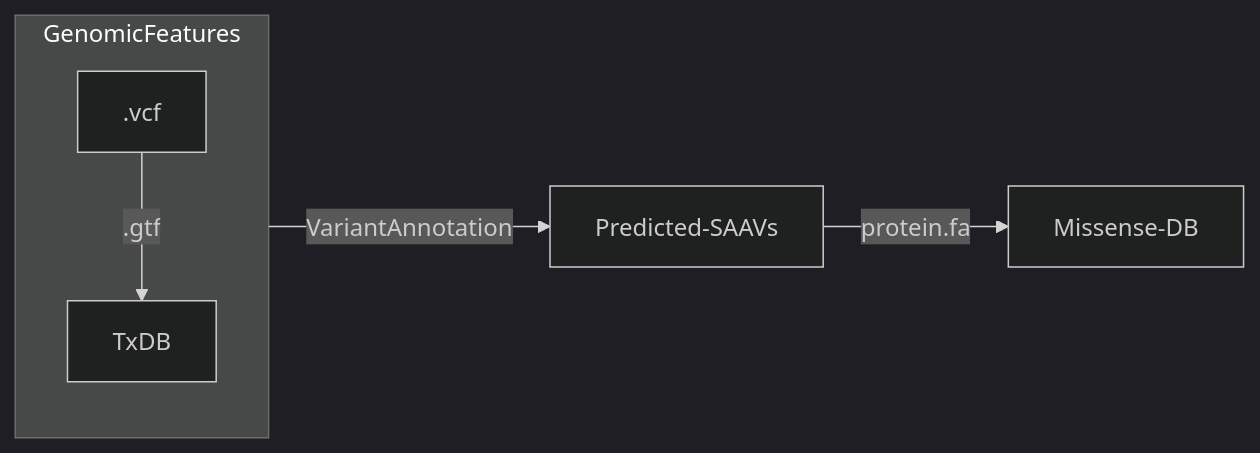
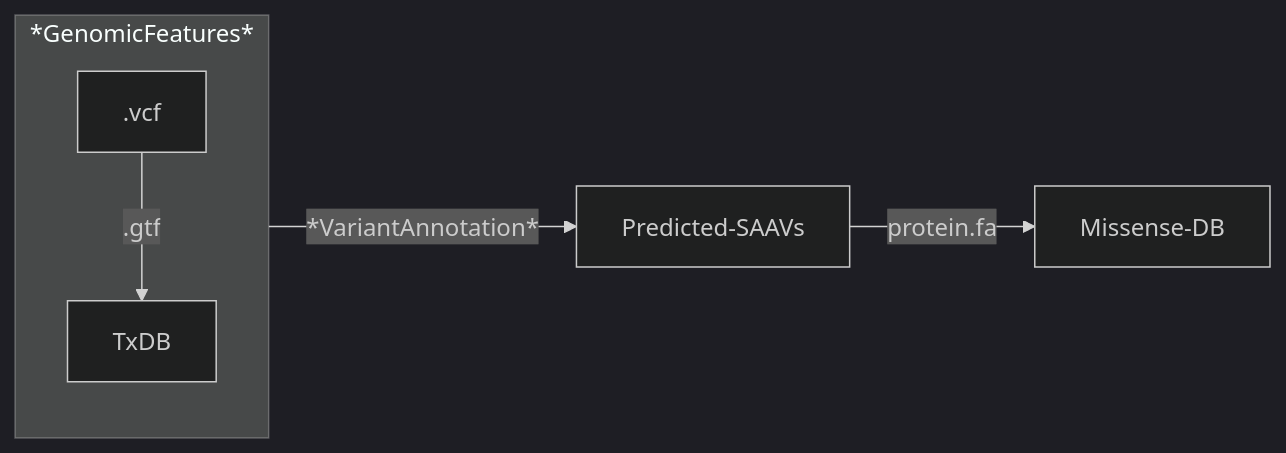
Before and after one commit to hdesai17/chemoproteogenomics: the diagram in README.md, drawn with Mermaid (dark theme).

````diff
--- a/README.md
+++ b/README.md
@@ -19,10 +19,10 @@
 ```mermaid
 flowchart LR;
-   subgraph GenomicFeatures
+   subgraph *GenomicFeatures*
    .vcf-->|.gtf|TxDB
    end
-   GenomicFeatures-->|VariantAnnotation|Predicted-SAAVs
+   *GenomicFeatures*-->|*VariantAnnotation*|Predicted-SAAVs
    Predicted-SAAVs-->|protein.fa|Missense-DB;
  
 
 ```
````
